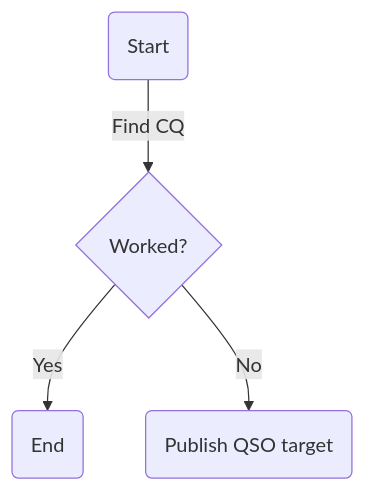
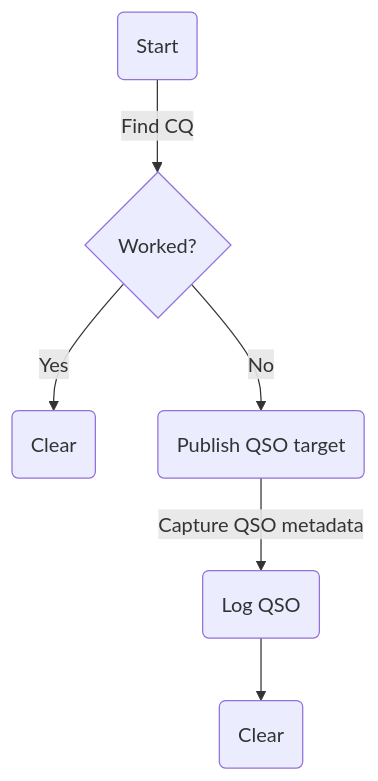
One commit to ckuhtz/ham changed the diagram in doc/workflow.md. Above: the diagram before and after it, drawn with Mermaid.

````diff
--- a/doc/workflow.md
+++ b/doc/workflow.md
@@ -5,6 +5,8 @@
 ```mermaid
 flowchart TD;
     A(Start) -->|Find CQ| B{Worked?};
-    B -->|Yes| C(End);
+    B -->|Yes| C(Clear);
     B -->|No| D(Publish QSO target);
+    D -->|Capture QSO metadata| E(Log QSO);
+    E -->F(Clear)
 ```
````
